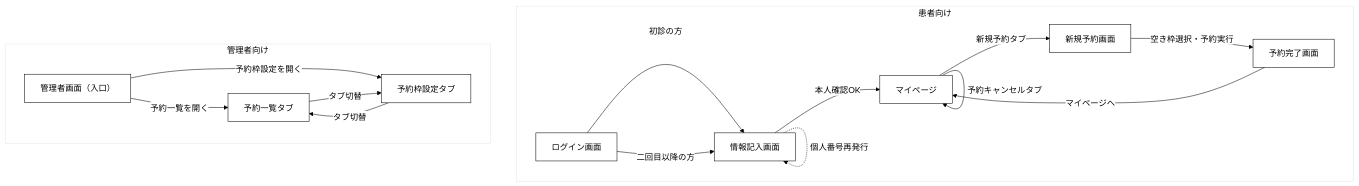
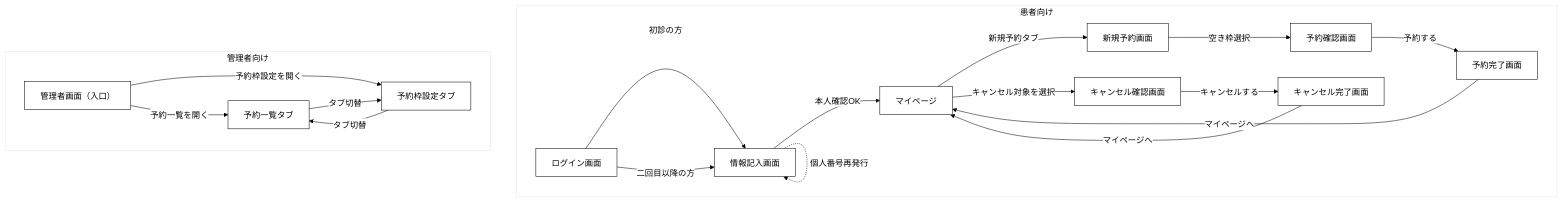
One commit to 20260312-student-05-svg/sawatte-wakaru-ai-driven-dev changed the first of 2 diagrams in exercises/03-design-online-booking/deliverables-template.md. Above: the diagram before and after it, drawn with Mermaid. The commit also changed other lines of this file, not shown here.

Commit message:
画面遷移図の修正

````diff
--- a/exercises/03-design-online-booking/deliverables-template.md
+++ b/exercises/03-design-online-booking/deliverables-template.md
@@ -129,34 +171,40 @@
 ```mermaid
 %%{init: {'theme':'base', 'themeVariables': { 'primaryColor':'#ffffff', 'primaryTextColor':'#000000', 'primaryBorderColor':'#000000', 'lineColor':'#000000', 'secondaryColor':'#ffffff', 'secondaryTextColor':'#000000', 'tertiaryColor':'#ffffff' }}}%%
 flowchart TD
     subgraph 患者向け["患者向け"]
         L1[ログイン画面]
         I1[情報記入画面]
         M1[マイページ]
         N1[新規予約画面]
+        N2[予約確認画面]
         C1[予約完了画面]
+        X1[キャンセル確認画面]
+        X2[キャンセル完了画面]
     end
     
     subgraph 管理者向け["管理者向け"]
         A0[管理者画面（入口）]
         A1[予約一覧タブ]
         A2[予約枠設定タブ]
     end
     
     L1 -->|初診の方| I1
     L1 -->|二回目以降の方| I1
     I1 -->|本人確認OK| M1
     
     M1 -->|新規予約タブ| N1
-    N1 -->|空き枠選択・予約実行| C1
+    N1 -->|空き枠選択| N2
+    N2 -->|予約する| C1
     C1 -->|マイページへ| M1
     
-    M1 -->|予約キャンセルタブ| M1
+    M1 -->|キャンセル対象を選択| X1
+    X1 -->|キャンセルする| X2
+    X2 -->|マイページへ| M1
     
     I1 -.->|個人番号再発行| I1
     
     A0 -->|予約一覧を開く| A1
     A0 -->|予約枠設定を開く| A2
     A1 -->|タブ切替| A2
     A2 -->|タブ切替| A1
 ```
````
